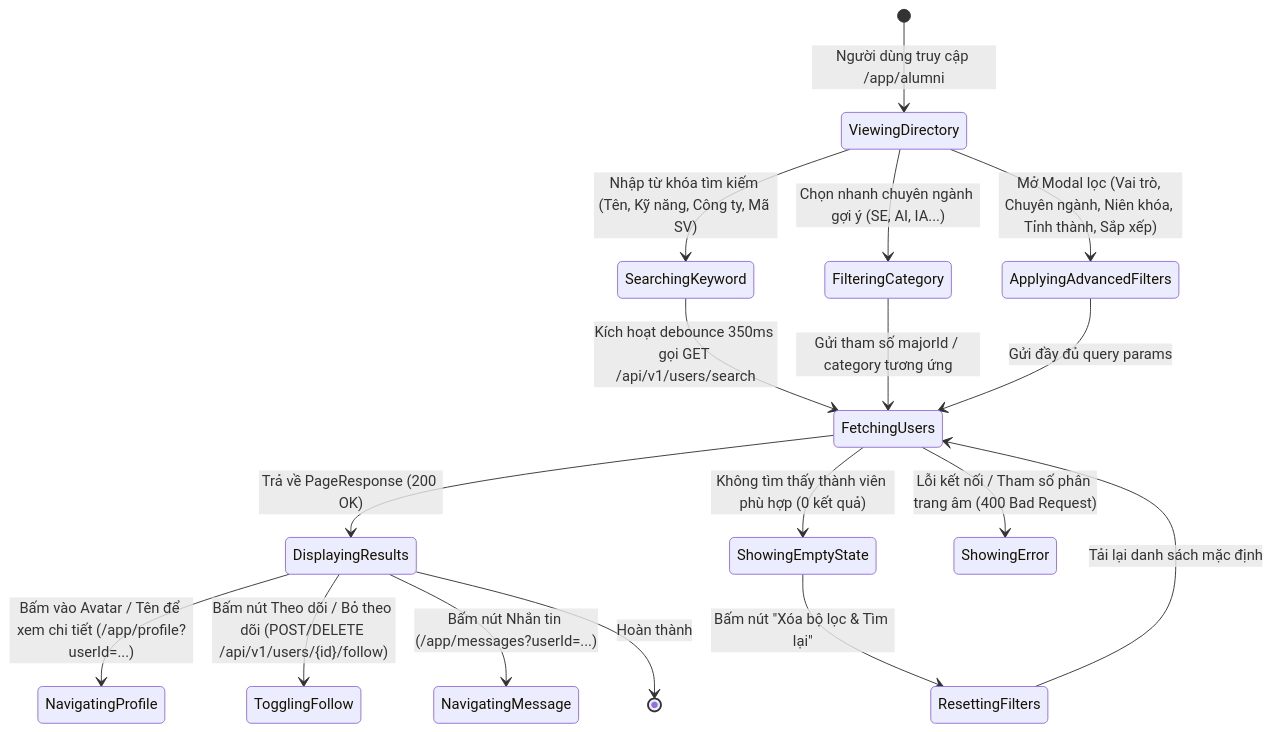
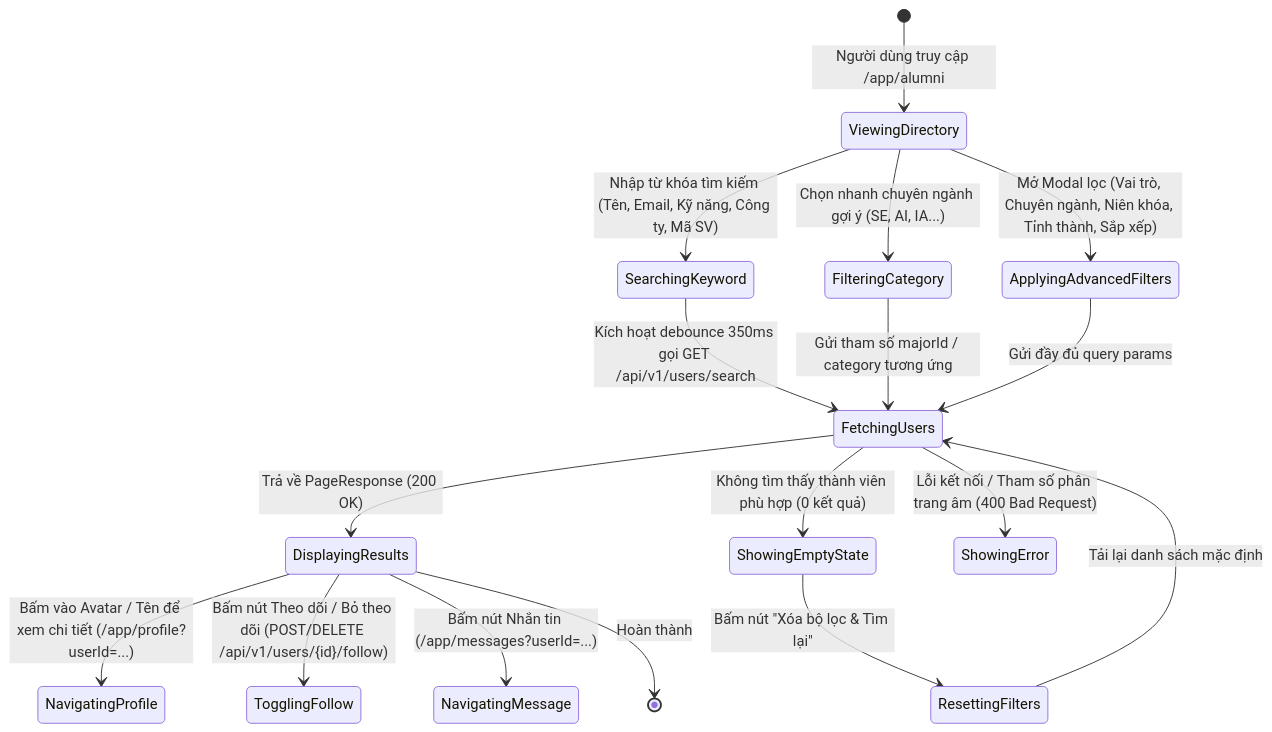
Before and after one commit to Alumnect/Alumnect: the first of 3 diagrams in docs/update_SRS/SRS_UC09_SearchUsers.md, drawn with Mermaid. The commit also changed other lines of this file and 46 other files, not shown here.

Commit message:
feat(messaging): implement group chat, message requests, email directory search and update SRS docs (UC33-UC39)

````diff
--- a/docs/update_SRS/SRS_UC09_SearchUsers.md
+++ b/docs/update_SRS/SRS_UC09_SearchUsers.md
@@ -7,19 +7,19 @@
 ```mermaid
 stateDiagram-v2
     [*] --> ViewingDirectory : Người dùng truy cập /app/alumni
-    ViewingDirectory --> SearchingKeyword : Nhập từ khóa tìm kiếm (Tên, Kỹ năng, Công ty, Mã SV)
+    ViewingDirectory --> SearchingKeyword : Nhập từ khóa tìm kiếm (Tên, Email, Kỹ năng, Công ty, Mã SV)
     ViewingDirectory --> FilteringCategory : Chọn nhanh chuyên ngành gợi ý (SE, AI, IA...)
     ViewingDirectory --> ApplyingAdvancedFilters : Mở Modal lọc (Vai trò, Chuyên ngành, Niên khóa, Tỉnh thành, Sắp xếp)
     SearchingKeyword --> FetchingUsers : Kích hoạt debounce 350ms gọi GET /api/v1/users/search
     FilteringCategory --> FetchingUsers : Gửi tham số majorId / category tương ứng
     ApplyingAdvancedFilters --> FetchingUsers : Gửi đầy đủ query params
     FetchingUsers --> DisplayingResults : Trả về PageResponse<UserDirectoryResponse> (200 OK)
     FetchingUsers --> ShowingEmptyState : Không tìm thấy thành viên phù hợp (0 kết quả)
     FetchingUsers --> ShowingError : Lỗi kết nối / Tham số phân trang âm (400 Bad Request)
     DisplayingResults --> NavigatingProfile : Bấm vào Avatar / Tên để xem chi tiết (/app/profile?userId=...)
     DisplayingResults --> TogglingFollow : Bấm nút Theo dõi / Bỏ theo dõi (POST/DELETE /api/v1/users/{id}/follow)
     DisplayingResults --> NavigatingMessage : Bấm nút Nhắn tin (/app/messages?userId=...)
     ShowingEmptyState --> ResettingFilters : Bấm nút "Xóa bộ lọc & Tìm lại"
     ResettingFilters --> FetchingUsers : Tải lại danh sách mặc định
     DisplayingResults --> [*] : Hoàn thành
 ```
````
